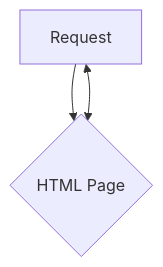
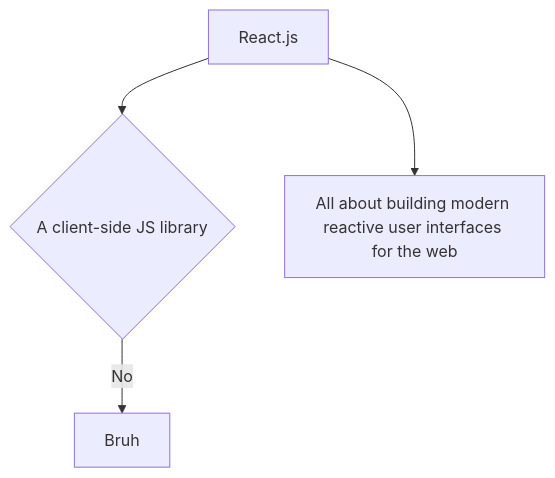
Before and after one commit to AriiMe/Functions-challenge: the diagram in README.md, drawn with Mermaid.

````diff
--- a/README.md
+++ b/README.md
@@ -1,5 +1,6 @@
 ```mermaid
 flowchart TD
-    A[Request] --> B{HTML Page};
-   A[Request] <--> B{HTML Page}
+    A[React.js] --> B{A client-side JS library};
+    A --> C[All about building modern reactive user interfaces for the web];
+    B -- No --> D[Bruh];
 ```
````
